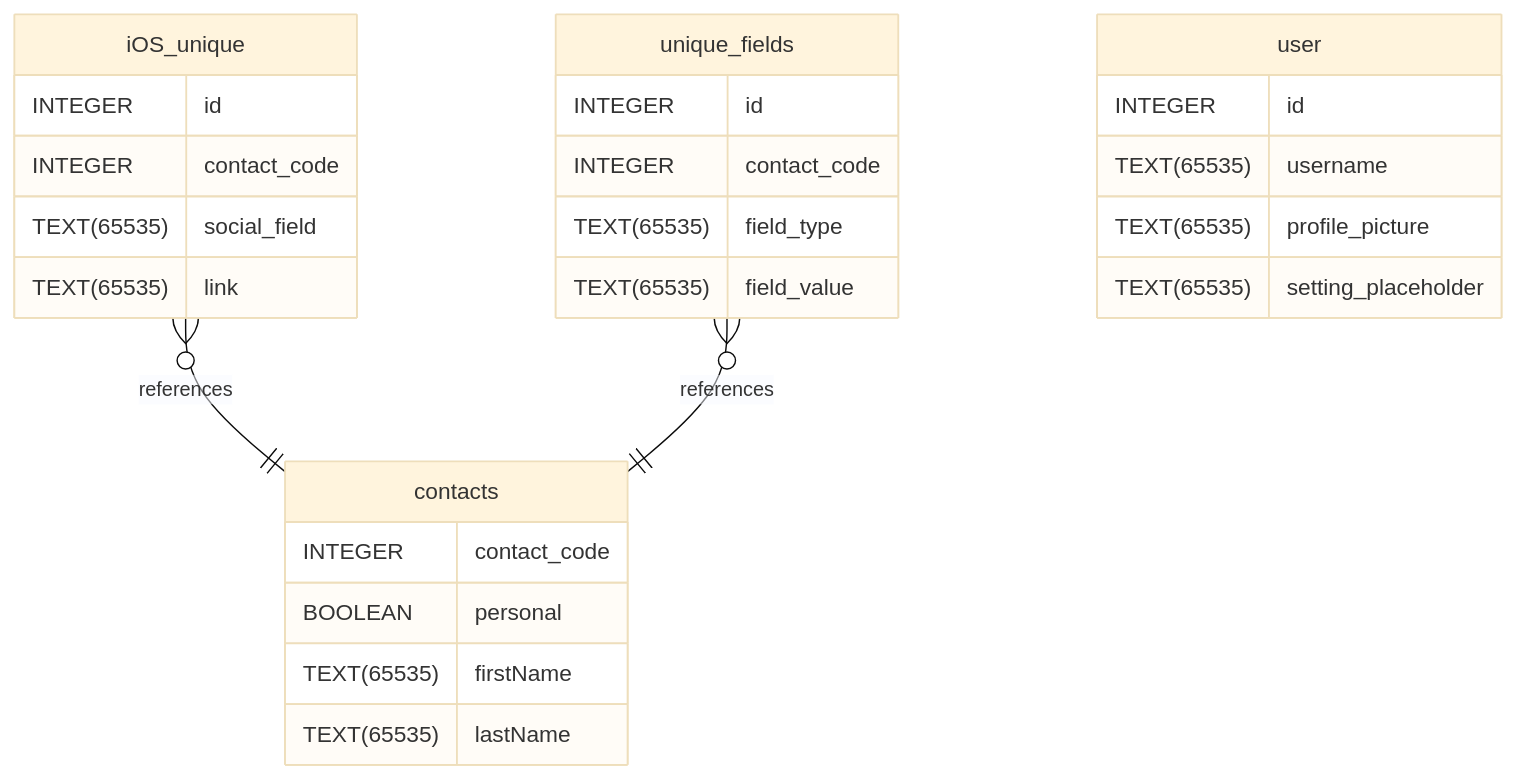
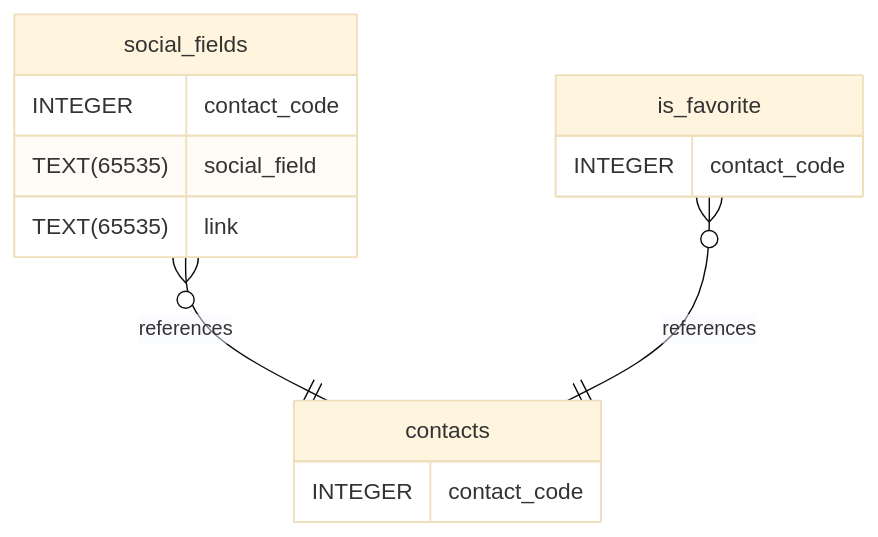
The diagram in database/contact_sharing_schema.md (PlaceholderGroup/app), drawn with Mermaid (base theme) before and after one commit. The commit also changed other lines of this file and 2 other files, not shown here.

````diff
--- a/database/contact_sharing_schema.md
+++ b/database/contact_sharing_schema.md
@@ -66,33 +50,19 @@
 ```mermaid
 erDiagram
-	iOS_unique }o--|| contacts : references
-	unique_fields }o--|| contacts : references
-
-	user {
-		INTEGER id
-		TEXT(65535) username
-		TEXT(65535) profile_picture
-		TEXT(65535) setting_placeholder
-	}
+	social_fields }o--|| contacts : references
+	is_favorite }o--|| contacts : references
 
 	contacts {
 		INTEGER contact_code
-		BOOLEAN personal
-		TEXT(65535) firstName
-		TEXT(65535) lastName
 	}
 
-	unique_fields {
-		INTEGER id
+	is_favorite {
 		INTEGER contact_code
-		TEXT(65535) field_type
-		TEXT(65535) field_value
 	}
 
-	iOS_unique {
-		INTEGER id
+	social_fields {
 		INTEGER contact_code
 		TEXT(65535) social_field
 		TEXT(65535) link
 	}
 ```
````
